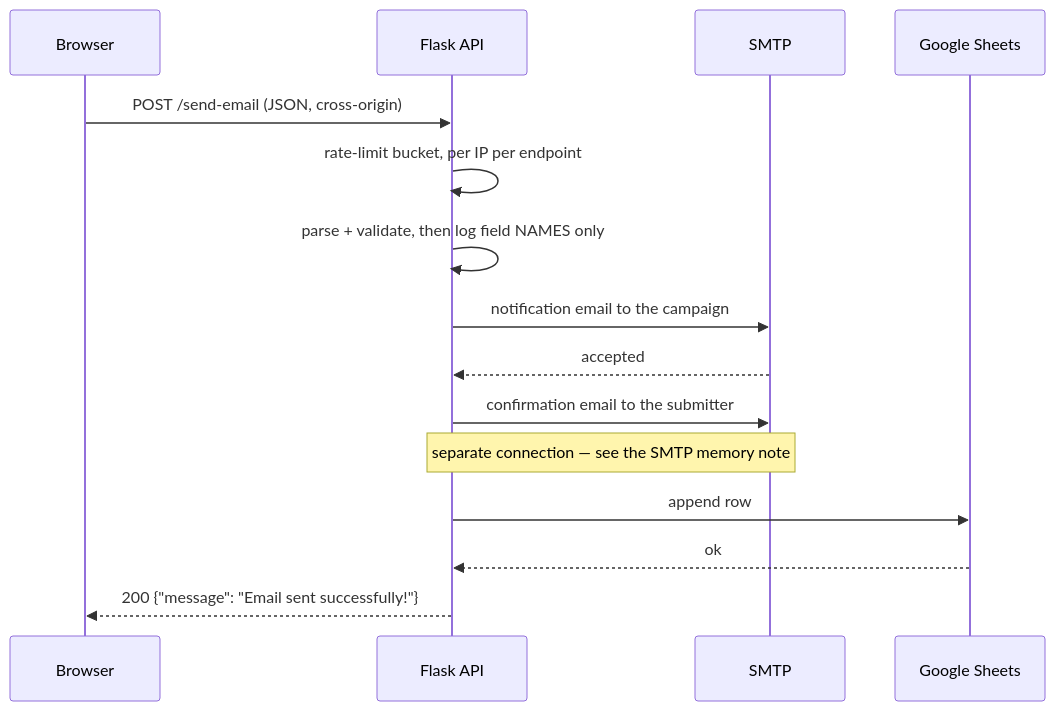
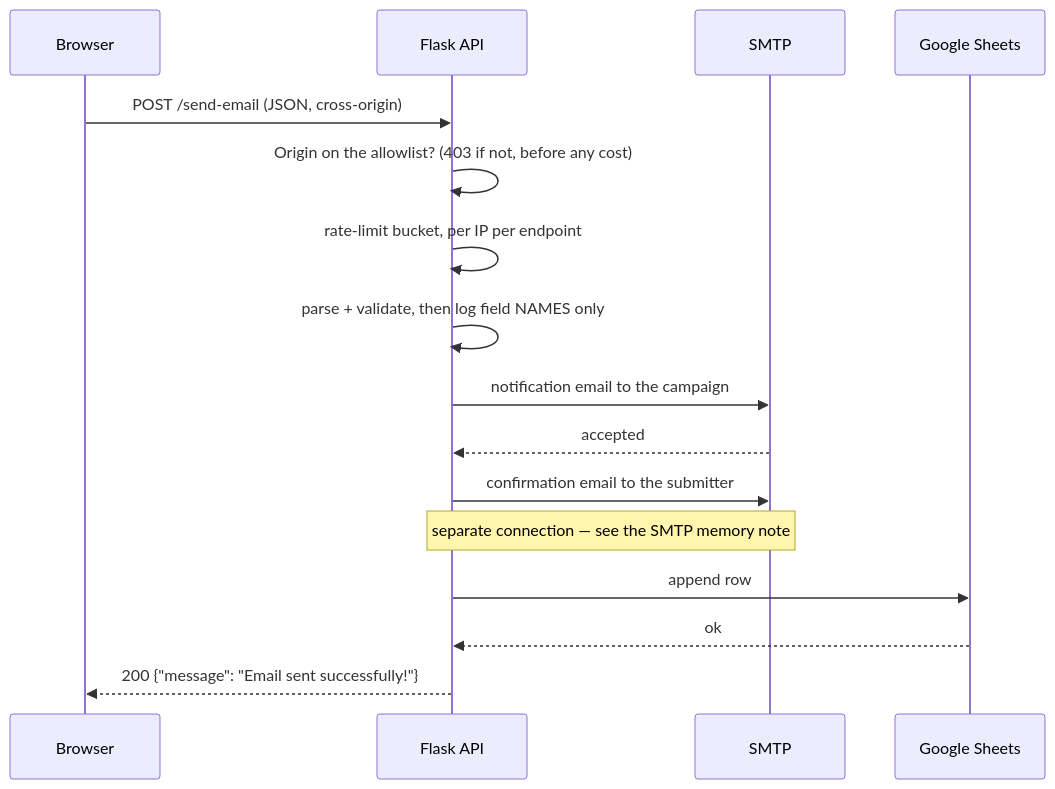
Before and after one commit to OwlbearMedia/voteforjulia: the second of 2 diagrams in docs/architecture.md, drawn with Mermaid. The commit also changed other lines of this file and 9 other files, not shown here.

````diff
--- a/docs/architecture.md
+++ b/docs/architecture.md
@@ -114,18 +114,19 @@
 ```mermaid
 sequenceDiagram
     participant B as Browser
     participant A as Flask API
     participant M as SMTP
     participant S as Google Sheets
 
     B->>A: POST /send-email (JSON, cross-origin)
+    A->>A: Origin on the allowlist? (403 if not, before any cost)
     A->>A: rate-limit bucket, per IP per endpoint
     A->>A: parse + validate, then log field NAMES only
     A->>M: notification email to the campaign
     M-->>A: accepted
     A->>M: confirmation email to the submitter
     Note over A,M: separate connection — see the SMTP memory note
     A->>S: append row
     S-->>A: ok
     A-->>B: 200 {"message": "Email sent successfully!"}
 ```
````
